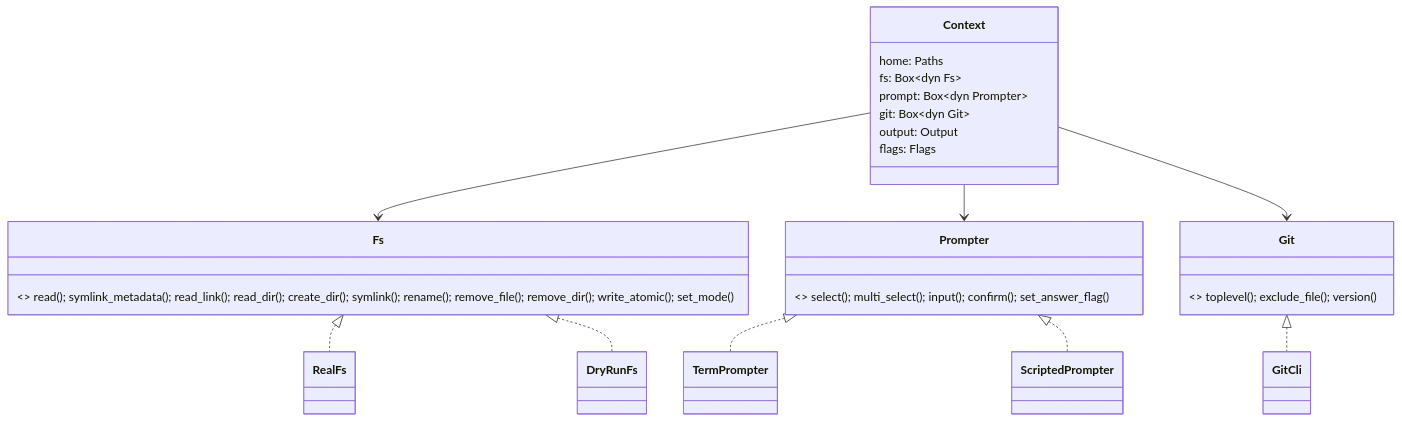
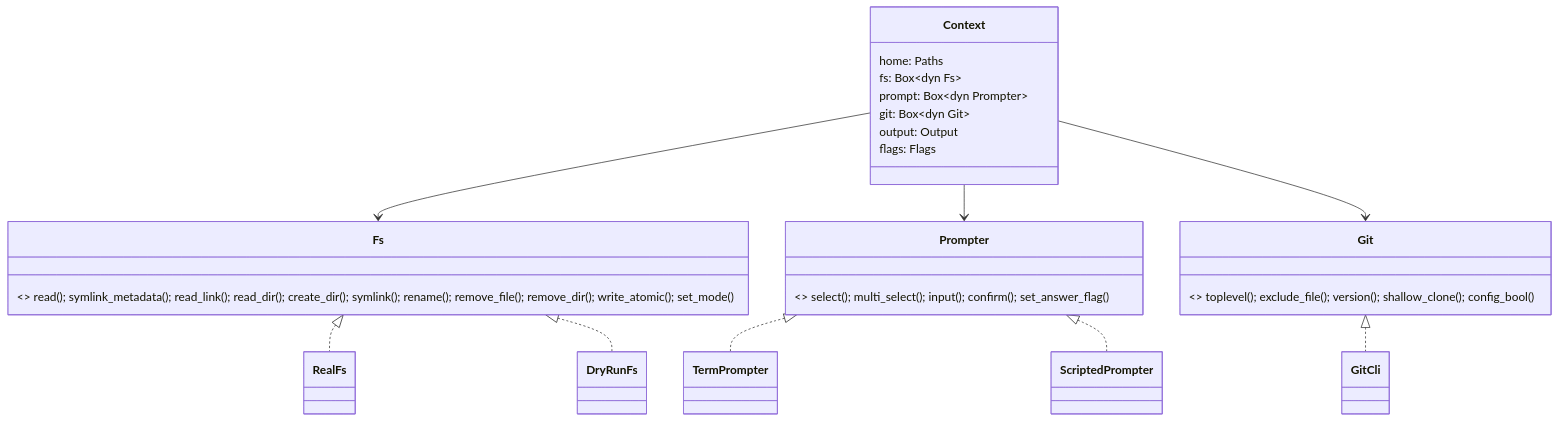
Before and after one commit to abindran/skillctl: the second of 4 diagrams in wiki/Architecture.md, drawn with Mermaid. The commit also changed other lines of this file and 2 other files, not shown here.

Commit message:
Document install, edit, doctor, gc, config and completions

````diff
--- a/wiki/Architecture.md
+++ b/wiki/Architecture.md
@@ -43,22 +44,22 @@
 ```mermaid
 classDiagram
     class Context {
         home: Paths
         fs: Box~dyn Fs~
         prompt: Box~dyn Prompter~
         git: Box~dyn Git~
         output: Output
         flags: Flags
     }
     class Fs { <<trait>> read(); symlink_metadata(); read_link(); read_dir(); create_dir(); symlink(); rename(); remove_file(); remove_dir(); write_atomic(); set_mode() }
     class Prompter { <<trait>> select(); multi_select(); input(); confirm(); set_answer_flag() }
-    class Git { <<trait>> toplevel(); exclude_file(); version() }
+    class Git { <<trait>> toplevel(); exclude_file(); version(); shallow_clone(); config_bool() }
     Context --> Fs
     Context --> Prompter
     Context --> Git
     Fs <|.. RealFs
     Fs <|.. DryRunFs
     Prompter <|.. TermPrompter
     Prompter <|.. ScriptedPrompter
     Git <|.. GitCli
 ```
````
